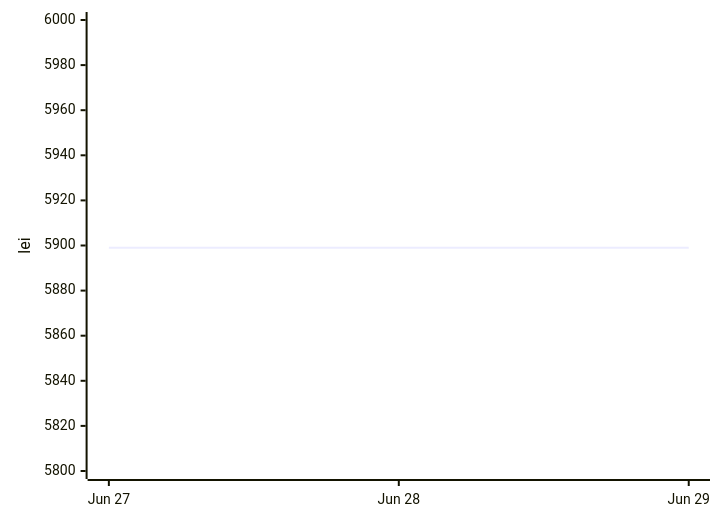
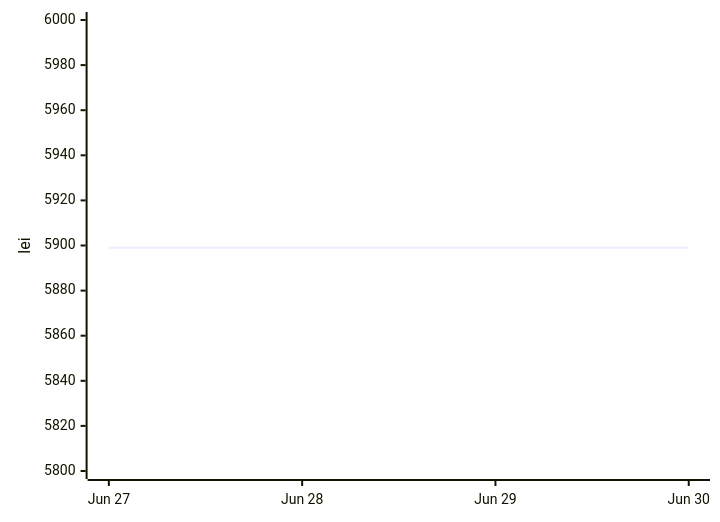
The second of 2 diagrams in README.md (anagheioan/laptop-price-monitor), drawn with Mermaid before and after one commit. The commit also changed other lines of this file and 1 other file, not shown here.

Commit message:
Price check 2026-06-30

````diff
--- a/README.md
+++ b/README.md
@@ -29,6 +29,6 @@
 ```mermaid
 xychart-beta
-    x-axis ["Jun 27", "Jun 28", "Jun 29"]
+    x-axis ["Jun 27", "Jun 28", "Jun 29", "Jun 30"]
     y-axis "lei" 5800 --> 6000
-    line [5899.0, 5899.0, 5899.0]
+    line [5899.0, 5899.0, 5899.0, 5899.0]
 ```
````
